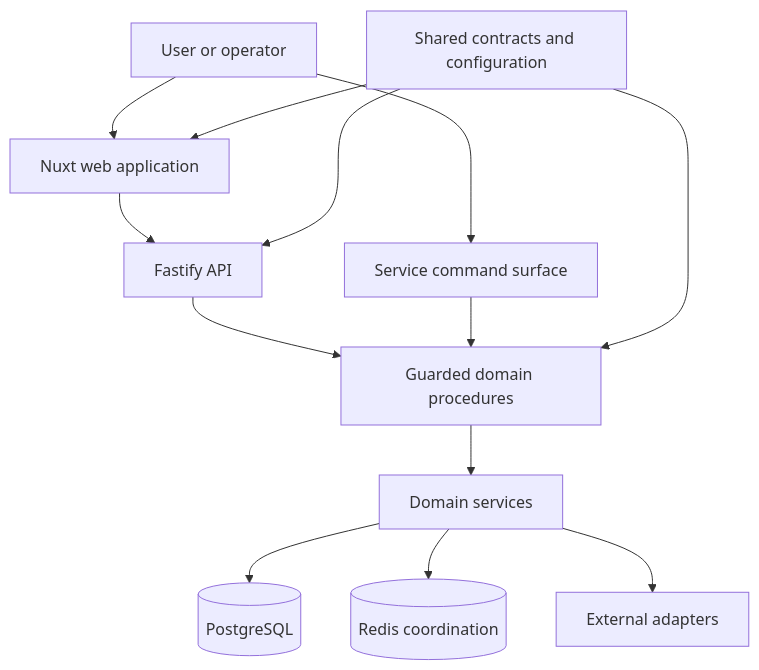
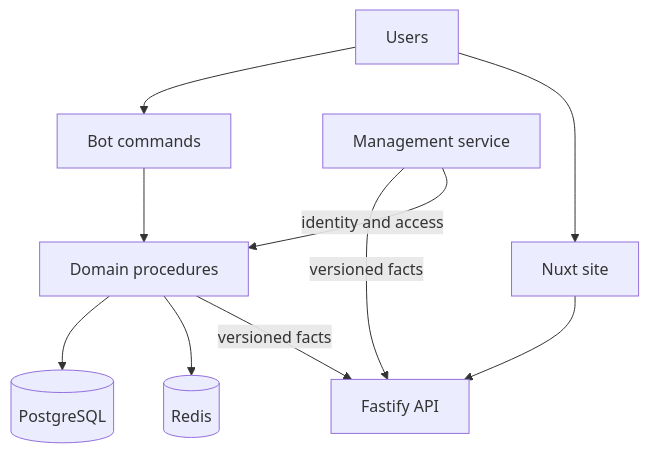
The diagram in case-studies/modular-typescript-platform.md (wouthh/engineering-portfolio), drawn with Mermaid before and after one commit. The commit also changed other lines of this file and 10 other files, not shown here.

````diff
--- a/case-studies/modular-typescript-platform.md
+++ b/case-studies/modular-typescript-platform.md
@@ -39,15 +20,12 @@
 ```mermaid
 flowchart TB
-    U[User or operator] --> W[Nuxt web application]
-    U --> C[Service command surface]
+    U[Users] --> C[Bot commands]
+    U --> W[Nuxt site]
     W --> A[Fastify API]
-    A --> P[Guarded domain procedures]
-    C --> P
-    P --> D[Domain services]
-    D --> DB[(PostgreSQL)]
-    D --> R[(Redis coordination)]
-    D --> X[External adapters]
-    S[Shared contracts and configuration] --> W
-    S --> A
-    S --> P
+    C --> P[Domain procedures]
+    P --> DB[(PostgreSQL)]
+    P --> R[(Redis)]
+    P -->|versioned facts| A
+    M[Management service] -->|versioned facts| A
+    M -->|identity and access| P
 ```
````
